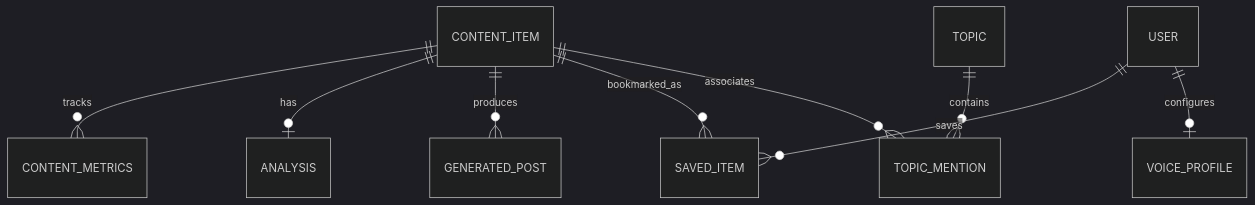
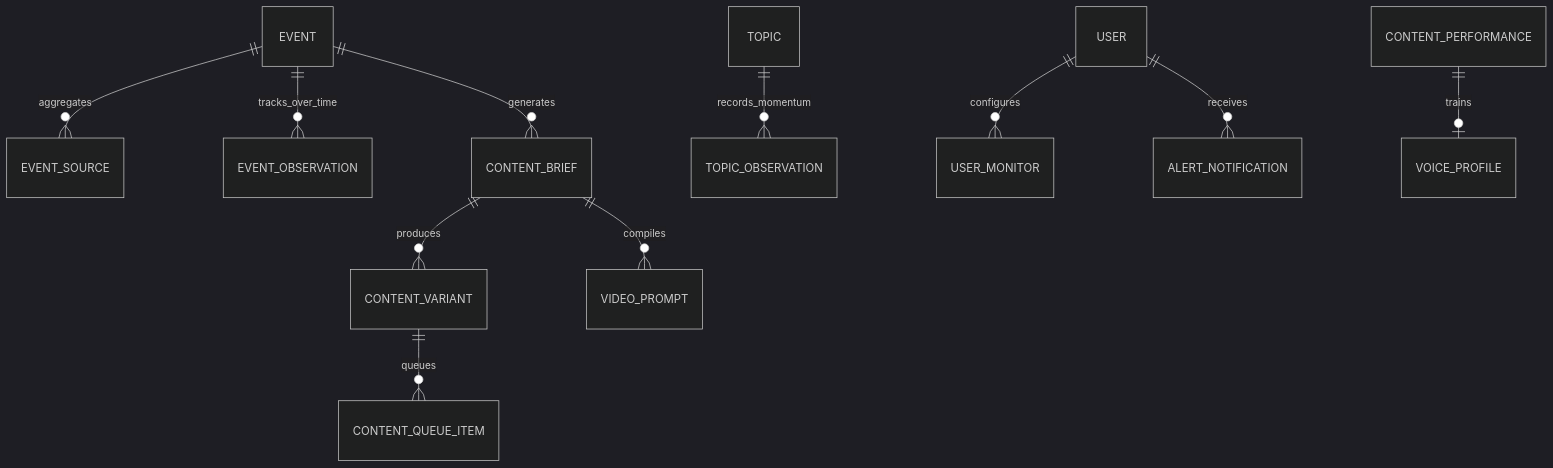
Before and after one commit to Ritish017/AIRadar: the diagram in docs/DATA_MODEL.md, drawn with Mermaid (dark theme). The commit also changed other lines of this file and 227 other files, not shown here.

````diff
--- a/docs/DATA_MODEL.md
+++ b/docs/DATA_MODEL.md
@@ -44,11 +9,13 @@
 ```mermaid
 erDiagram
-    CONTENT_ITEM ||--o{ CONTENT_METRICS : tracks
-    CONTENT_ITEM ||--o| ANALYSIS : has
-    CONTENT_ITEM ||--o{ GENERATED_POST : produces
-    CONTENT_ITEM ||--o{ SAVED_ITEM : bookmarked_as
-    TOPIC ||--o{ TOPIC_MENTION : contains
-    CONTENT_ITEM ||--o{ TOPIC_MENTION : associates
-    USER ||--o{ SAVED_ITEM : saves
-    USER ||--o| VOICE_PROFILE : configures
+    EVENT ||--o{ EVENT_SOURCE : aggregates
+    EVENT ||--o{ EVENT_OBSERVATION : tracks_over_time
+    EVENT ||--o{ CONTENT_BRIEF : generates
+    CONTENT_BRIEF ||--o{ CONTENT_VARIANT : produces
+    CONTENT_BRIEF ||--o{ VIDEO_PROMPT : compiles
+    CONTENT_VARIANT ||--o{ CONTENT_QUEUE_ITEM : queues
+    TOPIC ||--o{ TOPIC_OBSERVATION : records_momentum
+    USER ||--o{ USER_MONITOR : configures
+    USER ||--o{ ALERT_NOTIFICATION : receives
+    CONTENT_PERFORMANCE ||--o| VOICE_PROFILE : trains
 ```
````
